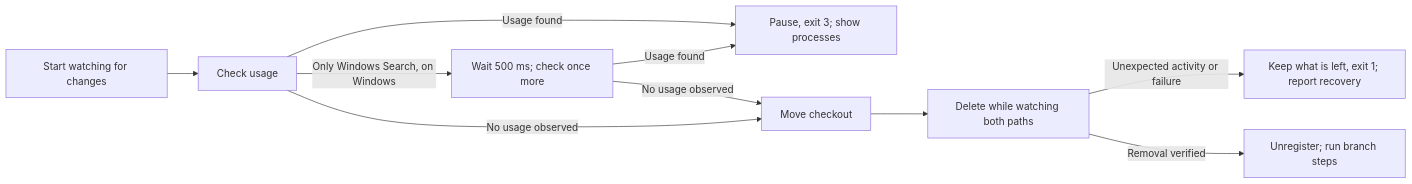
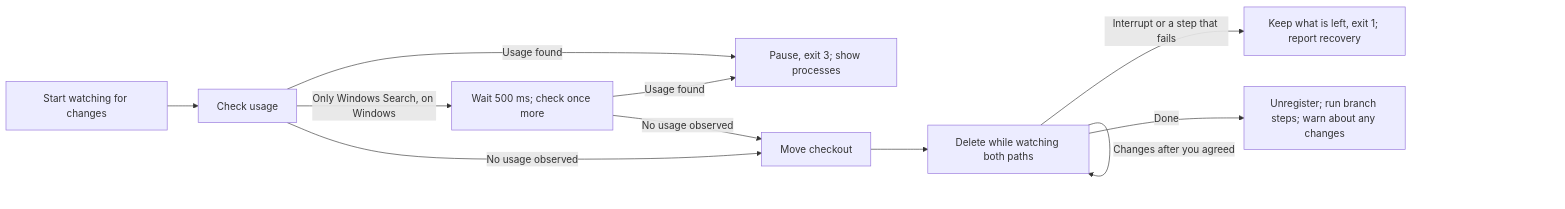
One commit to yankeeinlondon/rusty-biscuit changed the second of 5 diagrams in worktree/docs/cli/remove.md. Above: the diagram before and after it, drawn with Mermaid. The commit also changed other lines of this file and 20 other files, not shown here.

First line of the commit message:
fix(worktree): finish agreed removals and report later changes

````diff
--- a/worktree/docs/cli/remove.md
+++ b/worktree/docs/cli/remove.md
@@ -214,12 +225,13 @@
 ```mermaid
 flowchart LR
     W[Start watching for changes] --> A[Check usage]
     A -->|Usage found| B[Pause, exit 3; show processes]
     A -->|Only Windows Search, on Windows| R[Wait 500 ms; check once more]
     R -->|Usage found| B
     R -->|No usage observed| C
     A -->|No usage observed| C[Move checkout]
     C --> D[Delete while watching both paths]
-    D -->|Unexpected activity or failure| E[Keep what is left, exit 1; report recovery]
-    D -->|Removal verified| F[Unregister; run branch steps]
+    D -->|Changes after you agreed| D
+    D -->|Interrupt or a step that fails| E[Keep what is left, exit 1; report recovery]
+    D -->|Done| F[Unregister; run branch steps; warn about any changes]
 ```
````
